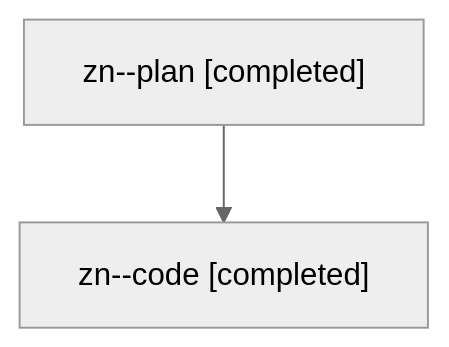
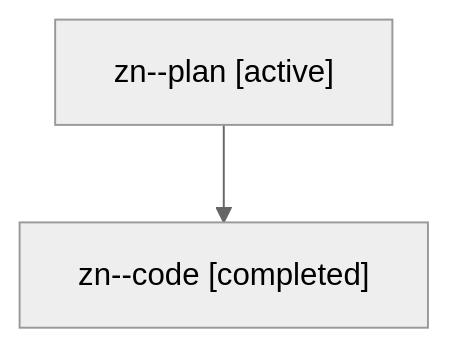
Before and after one commit to sase-org/sase--agents: the diagram in families/bbugyi200.athena.zn.md, drawn with Mermaid (neutral theme). The commit also changed other lines of this file and 35830 other files, not shown here.

````diff
--- a/families/bbugyi200.athena.zn.md
+++ b/families/bbugyi200.athena.zn.md
@@ -9,6 +9,6 @@
 ```mermaid
 flowchart TD
-  n0["zn--plan [completed]"]
+  n0["zn--plan [active]"]
   n1["zn--code [completed]"]
   n0 --> n1
 ```
````
